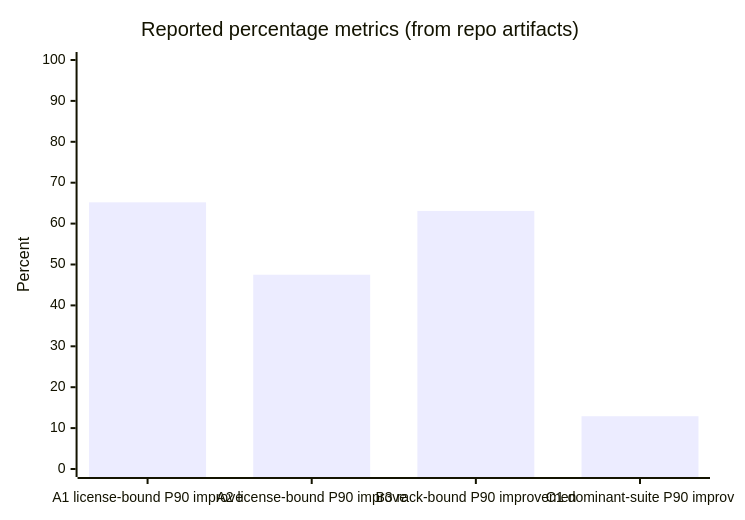
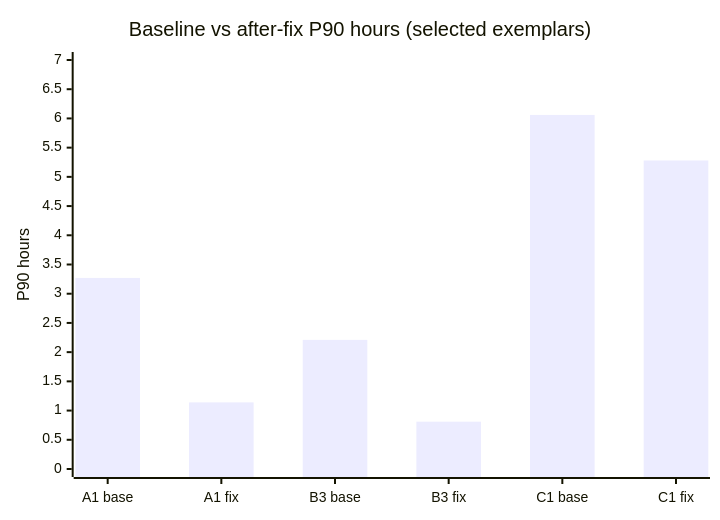
Before and after one commit to ArchanaChetan07/validation-lab-capacity-planning-copilot: the second of 7 diagrams in README.md, drawn with Mermaid. The commit also changed other lines of this file, not shown here.

Commit message:
docs: FAANG-ready README with full 13/13 validation table and architecture diagrams

````diff
--- a/README.md
+++ b/README.md
@@ -70,7 +76,7 @@
 ```mermaid
 xychart-beta
-    title "Reported percentage metrics (from repo artifacts)"
-    x-axis ["A1 license-bound P90 improve", "A2 license-bound P90 improve", "B3 rack-bound P90 improvemen", "C1 dominant-suite P90 improv"]
-    y-axis "Percent" 0 --> 100
-    bar [65.2, 47.5, 63.1, 12.9]
+  title "Baseline vs after-fix P90 hours (selected exemplars)"
+  x-axis ["A1 base","A1 fix","B3 base","B3 fix","C1 base","C1 fix"]
+  y-axis "P90 hours" 0 --> 7
+  bar [3.27, 1.14, 2.21, 0.81, 6.06, 5.28]
 ```
````
